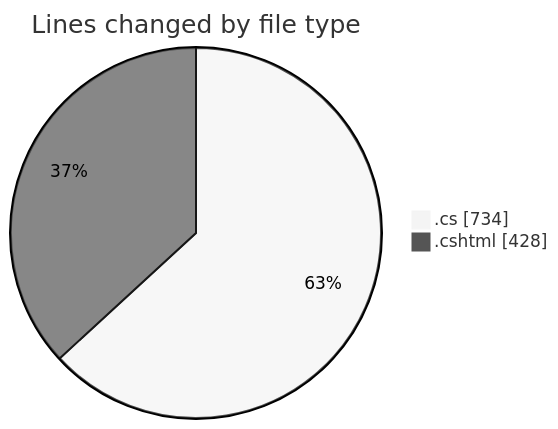
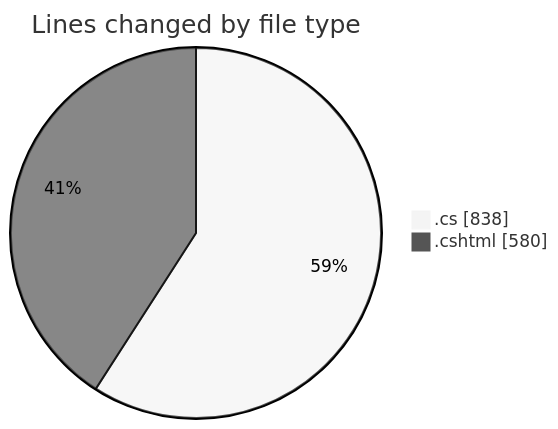
The first of 2 diagrams in 2025-07-22/nhahang/README.md (lephambinh05/code-tracking), drawn with Mermaid (neutral theme) before and after one commit. The commit also changed other lines of this file and 1 other file, not shown here.

````diff
--- a/2025-07-22/nhahang/README.md
+++ b/2025-07-22/nhahang/README.md
@@ -44,6 +53,6 @@
 ```mermaid
 pie showData
 title Lines changed by file type
-".cs" : 734
-".cshtml" : 428
+".cs" : 838
+".cshtml" : 580
 ```
````
